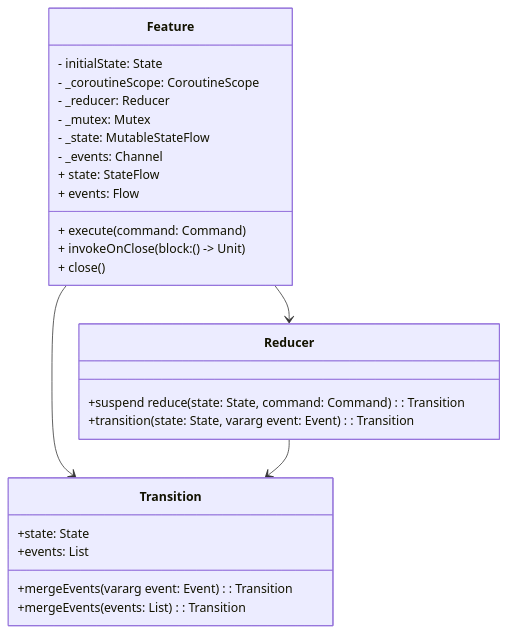
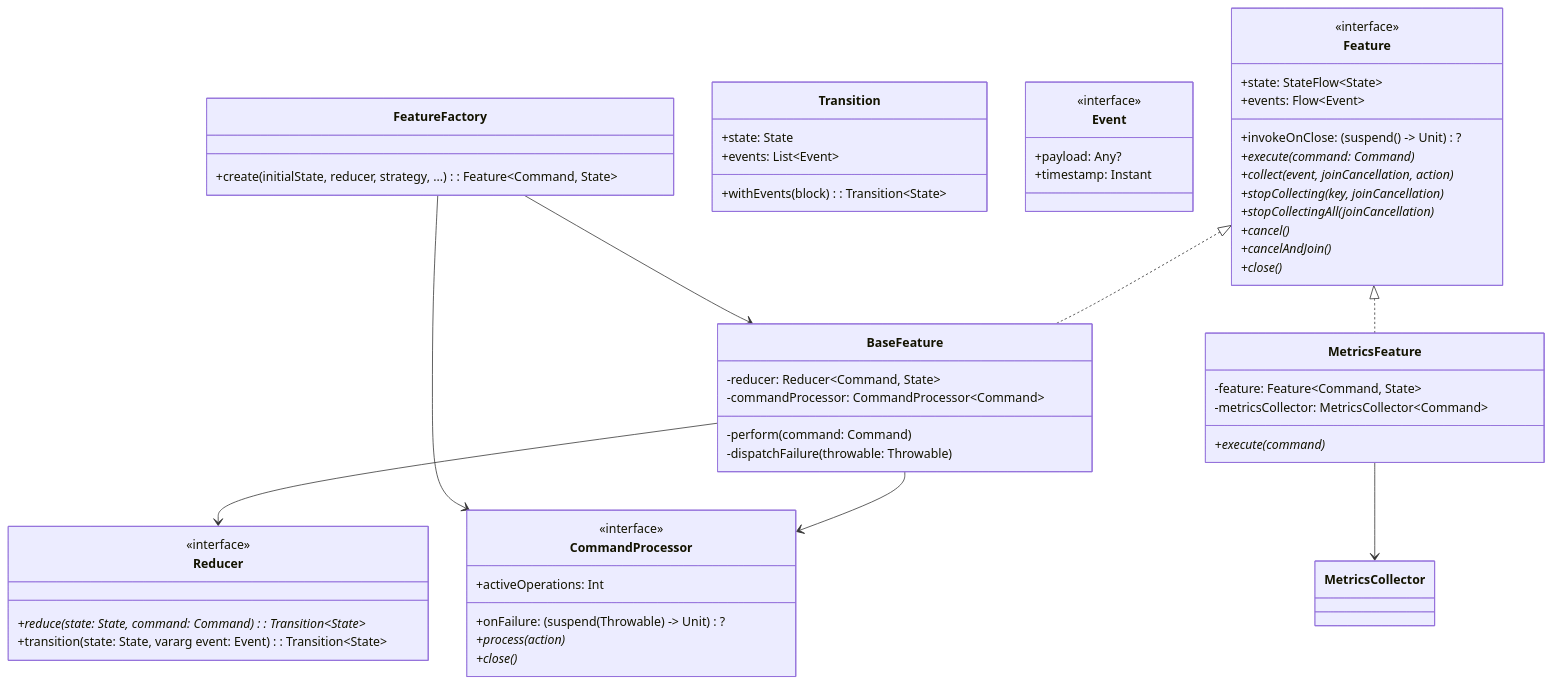
Before and after one commit to numq/reduce-and-conquer: the first of 3 diagrams in README.md, drawn with Mermaid. The commit also changed other lines of this file and 36 other files, not shown here.

````diff
--- a/README.md
+++ b/README.md
@@ -59,30 +81,67 @@
 ```mermaid
 classDiagram
     class Feature {
-        - initialState: State
-        - _coroutineScope: CoroutineScope
-        - _reducer: Reducer<Command, State, Event>
-        - _mutex: Mutex
-        - _state: MutableStateFlow<State>
-        - _events: Channel<Event>
-        + state: StateFlow<State>
-        + events: Flow<Event>
-        + execute(command: Command)
-        + invokeOnClose(block: () -> Unit)
-        + close()
+        <<interface>>
+        +state: StateFlow~State~
+        +events: Flow~Event~
+        +invokeOnClose: (suspend () -> Unit)?
+        +execute(command: Command)*
+        +collect(event, joinCancellation, action)*
+        +stopCollecting(key, joinCancellation)*
+        +stopCollectingAll(joinCancellation)*
+        +cancel()*
+        +cancelAndJoin()*
+        +close()*
     }
+    
+    class BaseFeature {
+        -reducer: Reducer~Command, State~
+        -commandProcessor: CommandProcessor~Command~
+        -perform(command: Command)
+        -dispatchFailure(throwable: Throwable)
+    }
+    
     class Reducer {
-        +suspend reduce(state: State, command: Command): Transition<State, Event>
-        +transition(state: State, vararg event: Event): Transition<State, Event>
+        <<interface>>
+        +reduce(state: State, command: Command): Transition~State~*
+        +transition(state: State, vararg event: Event): Transition~State~
     }
+    
     class Transition {
         +state: State
-        +events: List<Event>
-        +mergeEvents(vararg event: Event): Transition<State, Event>
-        +mergeEvents(events: List<Event>): Transition<State, Event>
+        +events: List~Event~
+        +withEvents(block): Transition~State~
+    }
+    
+    class CommandProcessor {
+        <<interface>>
+        +activeOperations: Int
+        +onFailure: (suspend (Throwable) -> Unit)?
+        +process(action)*
+        +close()*
+    }
+    
+    class Event {
+        <<interface>>
+        +payload: Any?
+        +timestamp: Instant
+    }
+    
+    class MetricsFeature {
+        -feature: Feature~Command, State~
+        -metricsCollector: MetricsCollector~Command~
+        +execute(command)*
     }
 
-    Feature --> Reducer
-    Feature --> Transition
-    Reducer --> Transition
+    class FeatureFactory {
+        +create(initialState, reducer, strategy, ...): Feature~Command, State~
+    }
+
+    Feature <|.. BaseFeature
+    BaseFeature --> Reducer
+    BaseFeature --> CommandProcessor
+    Feature <|.. MetricsFeature
+    MetricsFeature --> MetricsCollector
+    FeatureFactory --> BaseFeature
+    FeatureFactory --> CommandProcessor
 ```
````
